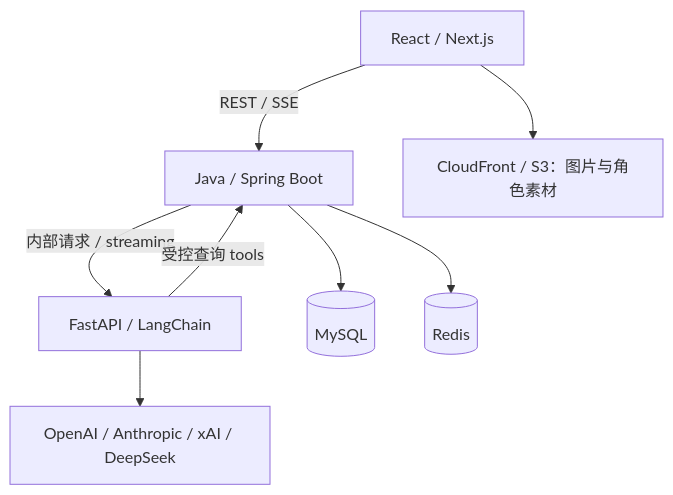
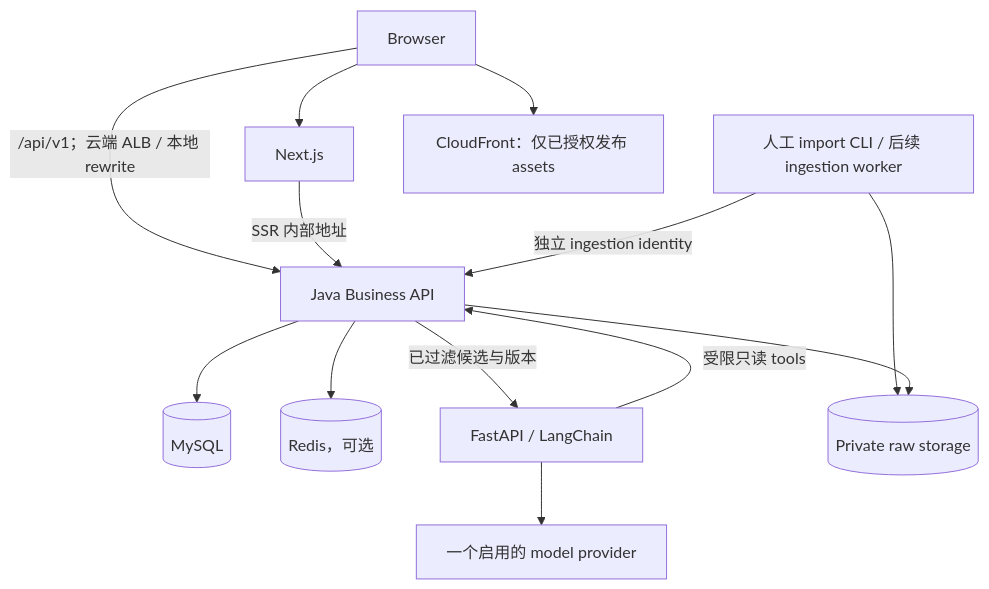
The diagram in tech-stack-requirements.md (kurin0u0/Large-Lunch-Model), drawn with Mermaid before and after one commit. The commit also changed other lines of this file and 5 other files, not shown here.

````diff
--- a/tech-stack-requirements.md
+++ b/tech-stack-requirements.md
@@ -25,10 +37,15 @@
 ```mermaid
 flowchart TD
-    WEB["React / Next.js"] -->|"REST / SSE"| JAVA["Java / Spring Boot"]
-    JAVA -->|"内部请求 / streaming"| AI["FastAPI / LangChain"]
+    USER["Browser"] --> WEB["Next.js"]
+    USER -->|"/api/v1；云端 ALB / 本地 rewrite"| JAVA["Java Business API"]
+    WEB -->|"SSR 内部地址"| JAVA
     JAVA --> DB[("MySQL")]
-    JAVA --> CACHE[("Redis")]
-    AI -->|"受控查询 tools"| JAVA
-    AI --> PROVIDERS["OpenAI / Anthropic / xAI / DeepSeek"]
-    WEB --> ASSETS["CloudFront / S3：图片与角色素材"]
+    JAVA --> CACHE[("Redis，可选")]
+    JAVA -->|"已过滤候选与版本"| AI["FastAPI / LangChain"]
+    AI -->|"受限只读 tools"| JAVA
+    AI --> MODEL["一个启用的 model provider"]
+    IMPORT["人工 import CLI / 后续 ingestion worker"] -->|"独立 ingestion identity"| JAVA
+    IMPORT --> RAW[("Private raw storage")]
+    JAVA --> RAW
+    USER --> ASSETS["CloudFront：仅已授权发布 assets"]
 ```
````
